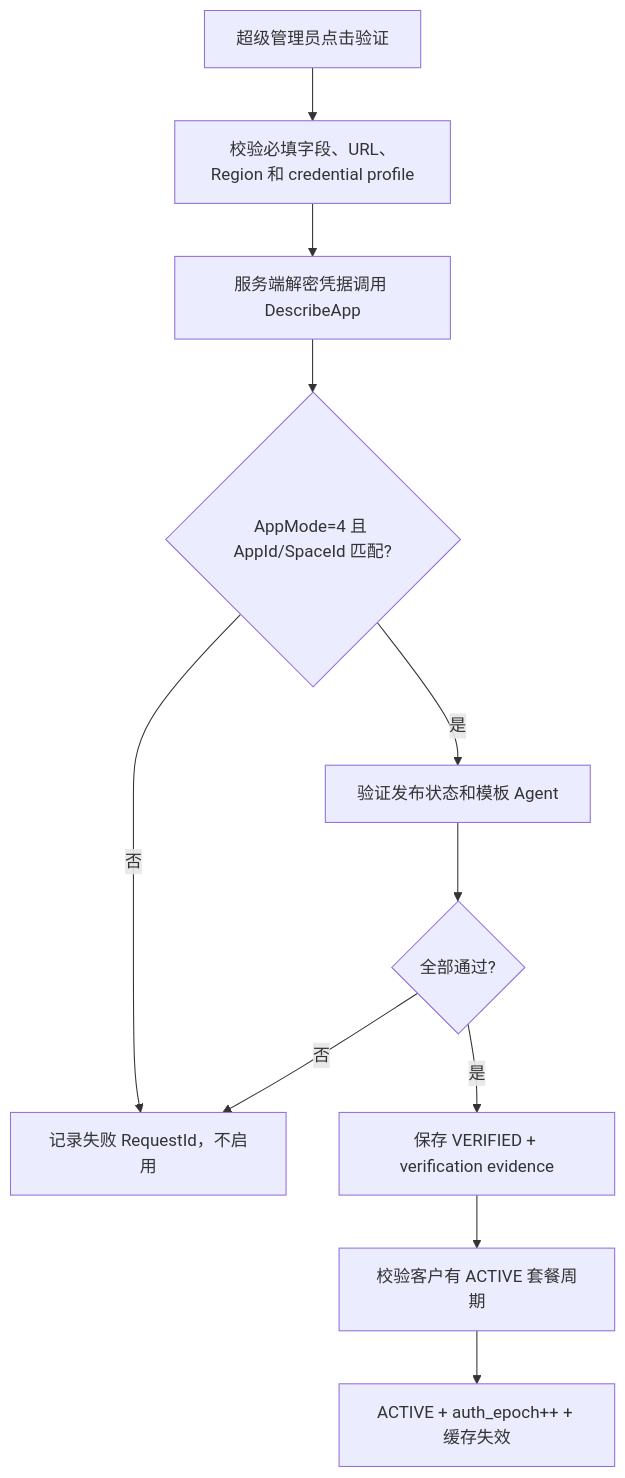
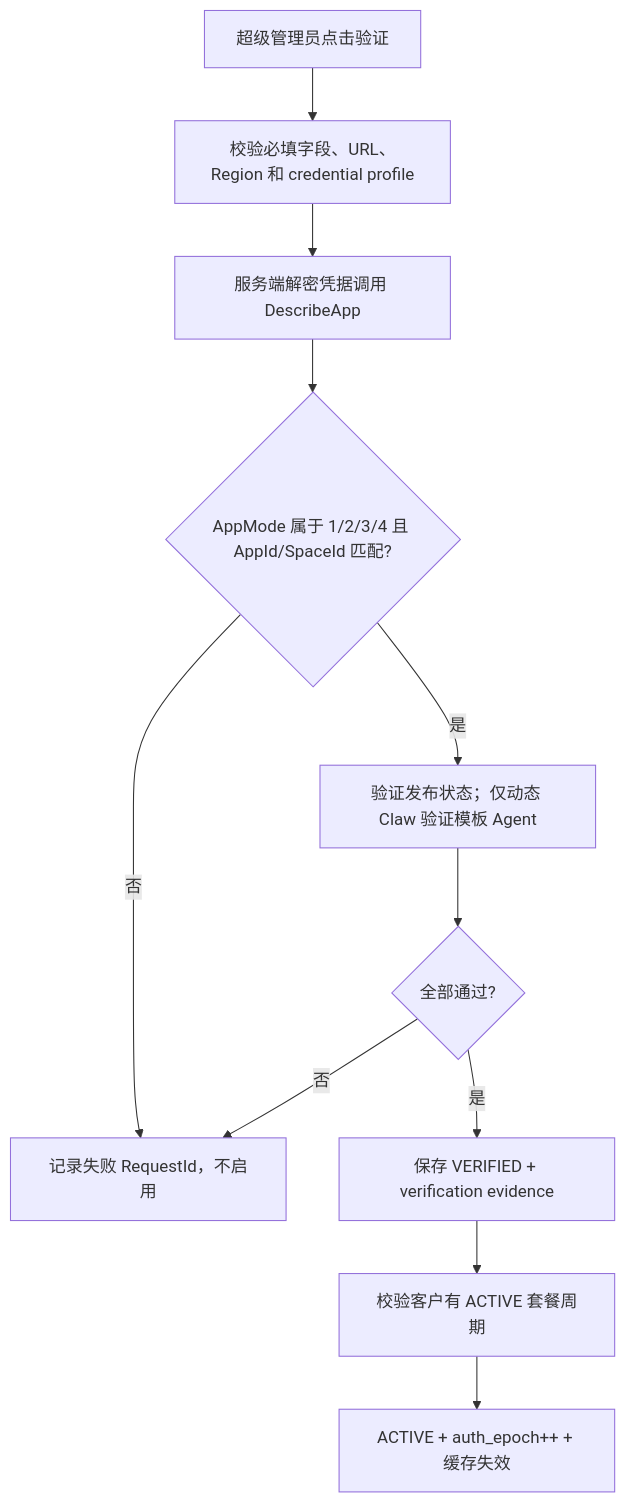
Diagram 14 of 55 in docs/adp-claw-workbench-playground-replacement-design.md (jeffzha/new-api), drawn with Mermaid before and after one commit. The commit also changed other lines of this file and 49 other files, not shown here.

````diff
--- a/docs/adp-claw-workbench-playground-replacement-design.md
+++ b/docs/adp-claw-workbench-playground-replacement-design.md
@@ -435,13 +738,13 @@
 ```mermaid
 flowchart TD
   A["超级管理员点击验证"] --> B["校验必填字段、URL、Region 和 credential profile"]
   B --> C["服务端解密凭据调用 DescribeApp"]
-  C --> D{"AppMode=4 且 AppId/SpaceId 匹配?"}
+  C --> D{"AppMode 属于 1/2/3/4 且 AppId/SpaceId 匹配?"}
   D -- 否 --> E["记录失败 RequestId，不启用"]
-  D -- 是 --> F["验证发布状态和模板 Agent"]
+  D -- 是 --> F["验证发布状态；仅动态 Claw 验证模板 Agent"]
   F --> G{"全部通过?"}
   G -- 否 --> E
   G -- 是 --> H["保存 VERIFIED + verification evidence"]
   H --> I["校验客户有 ACTIVE 套餐周期"]
   I --> J["ACTIVE + auth_epoch++ + 缓存失效"]
 ```
````
